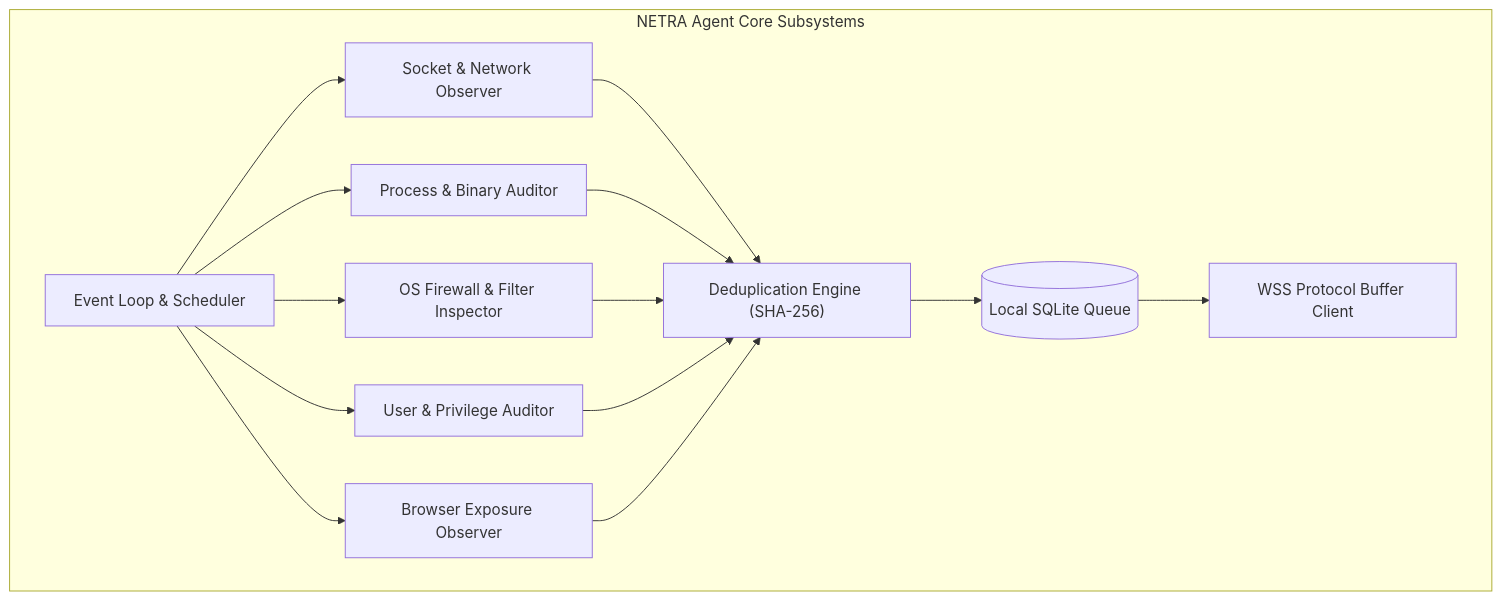
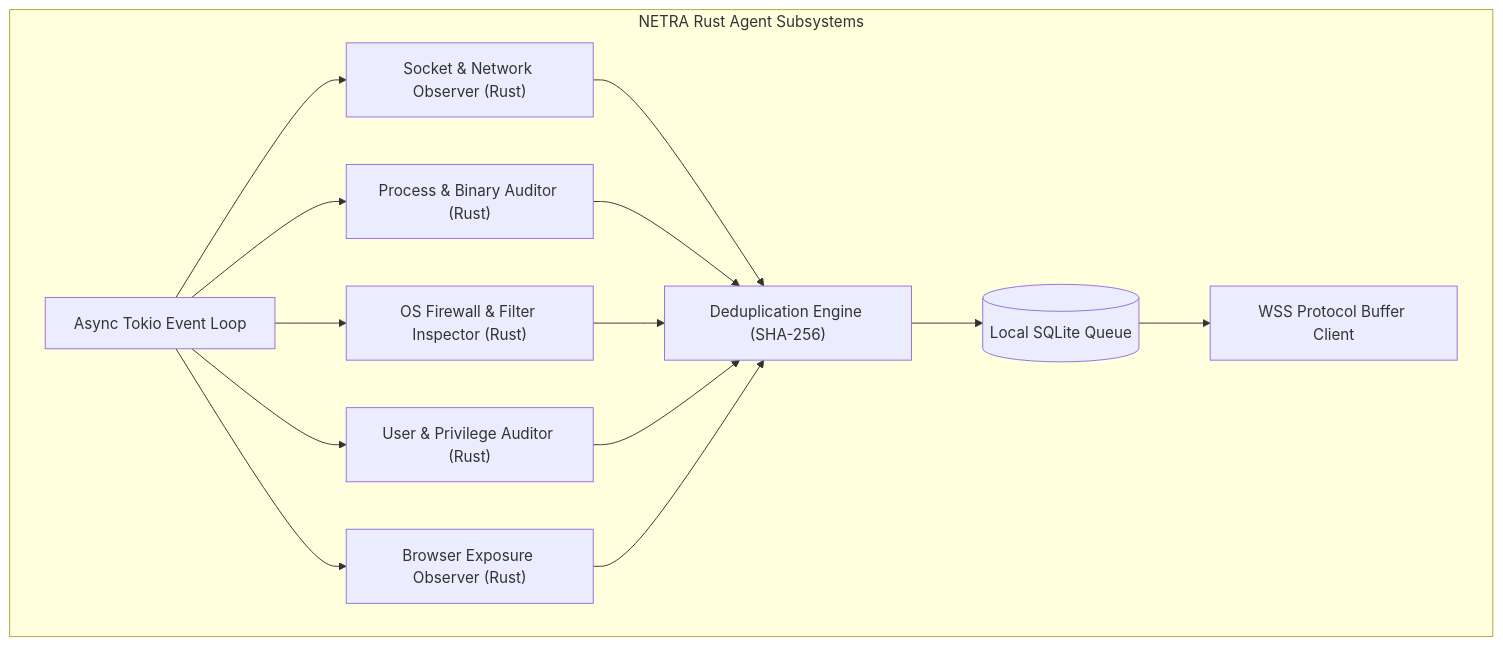
One commit to Subhadip-Paul2006/NETRA-Backend changed the fifth of 10 diagrams in docs/ARCHITECTURE.md. Above: the diagram before and after it, drawn with Mermaid. The commit also changed other lines of this file and 13 other files, not shown here.

Commit message:
docs: finalize Rust-first systems architecture lock across all 16 specifications

````diff
--- a/docs/ARCHITECTURE.md
+++ b/docs/ARCHITECTURE.md
@@ -108,21 +135,21 @@
 ```mermaid
 flowchart TD
-    subgraph AgentSubsystems["NETRA Agent Core Subsystems"]
-        CoreLoop["Event Loop & Scheduler"]
+    subgraph AgentSubsystems["NETRA Rust Agent Subsystems"]
+        CoreLoop["Async Tokio Event Loop"]
         
-        CoreLoop --> SockProbe["Socket & Network Observer"]
-        CoreLoop --> ProcProbe["Process & Binary Auditor"]
-        CoreLoop --> FWProbe["OS Firewall & Filter Inspector"]
-        CoreLoop --> UserProbe["User & Privilege Auditor"]
-        CoreLoop --> WebProbe["Browser Exposure Observer"]
+        CoreLoop --> SockProbe["Socket & Network Observer (Rust)"]
+        CoreLoop --> ProcProbe["Process & Binary Auditor (Rust)"]
+        CoreLoop --> FWProbe["OS Firewall & Filter Inspector (Rust)"]
+        CoreLoop --> UserProbe["User & Privilege Auditor (Rust)"]
+        CoreLoop --> WebProbe["Browser Exposure Observer (Rust)"]
         
         SockProbe --> Dedupe["Deduplication Engine (SHA-256)"]
         ProcProbe --> Dedupe
         FWProbe --> Dedupe
         UserProbe --> Dedupe
         WebProbe --> Dedupe
         
         Dedupe --> LocalStore[("Local SQLite Queue")]
         LocalStore --> Transport["WSS Protocol Buffer Client"]
     end
 ```
````
